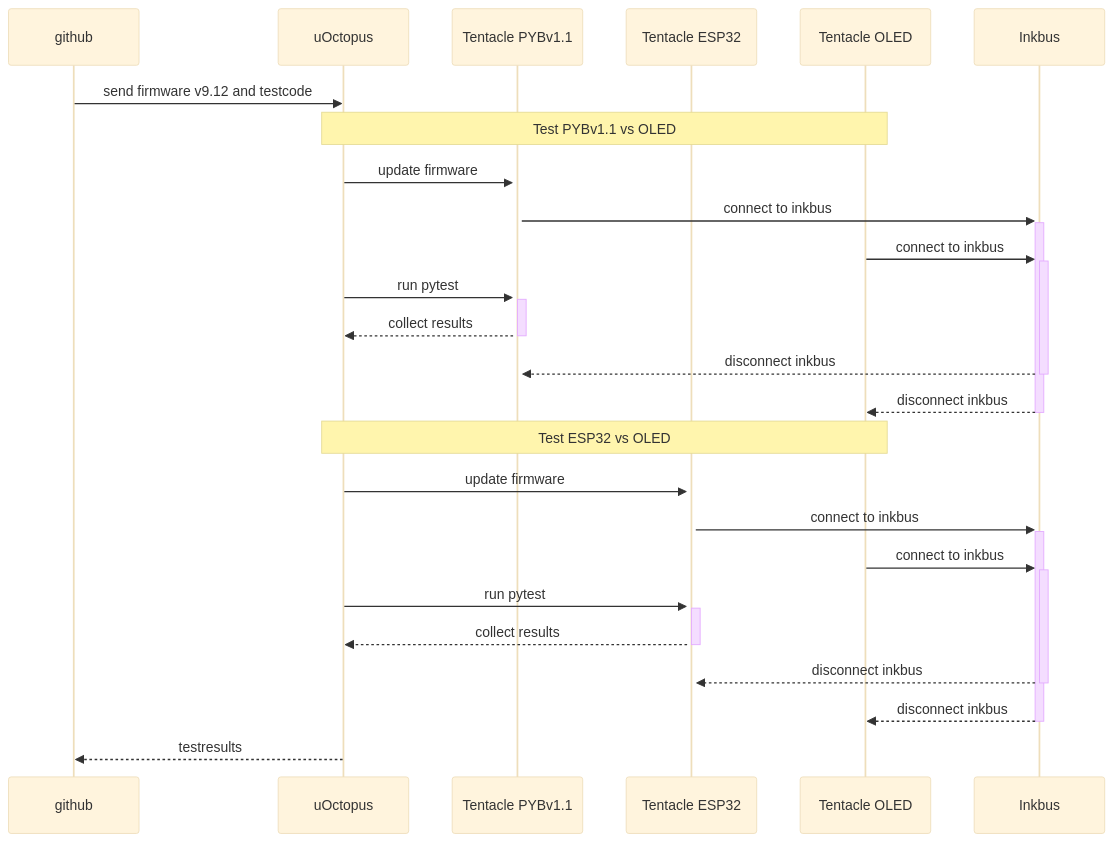
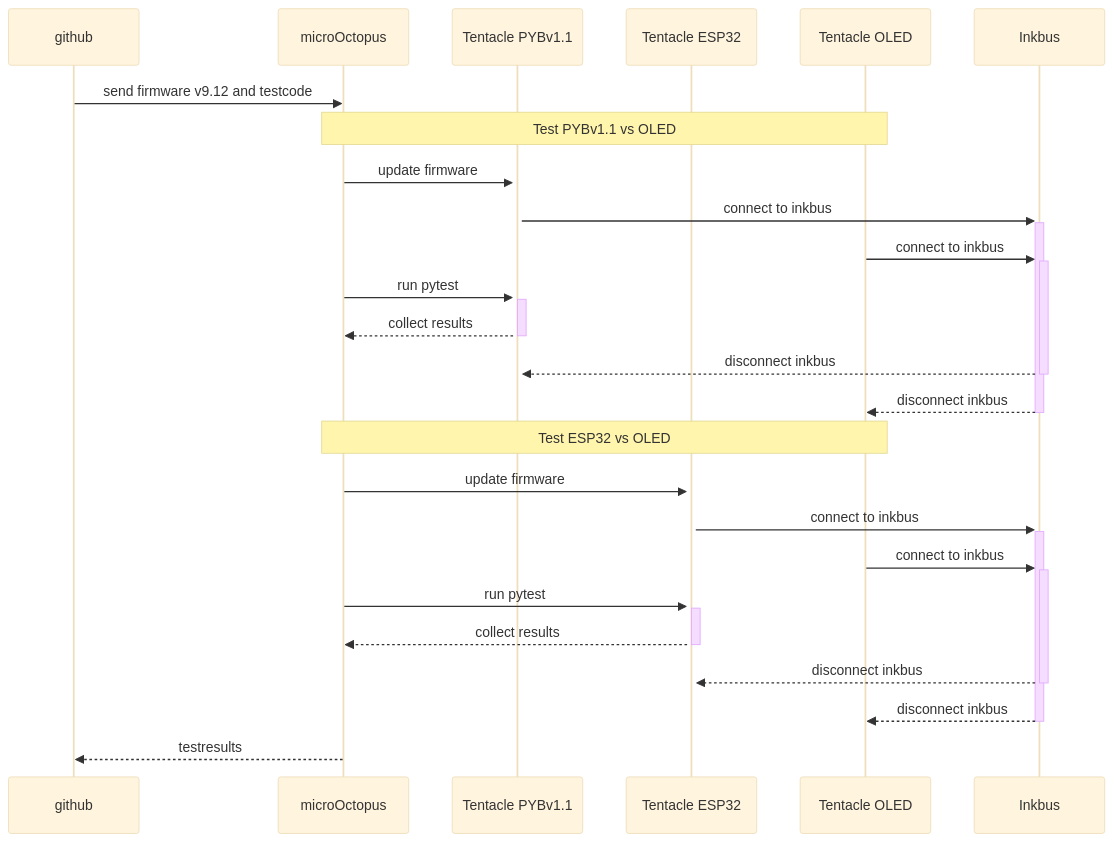
Before and after one commit to hmaerki/experiment_microoctopus: the diagram in README.md, drawn with Mermaid (base theme). The commit also changed other lines of this file and 4 other files, not shown here.

Commit message:
uOctopus -> microOctopus

````diff
--- a/README.md
+++ b/README.md
@@ -64,32 +64,32 @@
 ```mermaid
 sequenceDiagram
     participant github
-    participant U as uOctopus
+    participant U as microOctopus
     participant TP as Tentacle PYBv1.1
     participant TE as Tentacle ESP32
     participant TO as Tentacle OLED
     participant I as Inkbus
     github->>U: send firmware v9.12 and testcode
 
     Note over U,TO: Test PYBv1.1 vs OLED
 
     U->>+TP: update firmware
     TP->>+I: connect to inkbus
     TO->>+I: connect to inkbus
     U->>+TP: run pytest
     TP-->>-U: collect results
     I-->>-TP: disconnect inkbus
     I-->>-TO: disconnect inkbus
 
     Note over U,TO: Test ESP32 vs OLED
 
     U->>+TE: update firmware
     TE->>+I: connect to inkbus
     TO->>+I: connect to inkbus
     U->>+TE: run pytest
     TE-->>-U: collect results
     I-->>-TE: disconnect inkbus
     I-->>-TO: disconnect inkbus
 
     U-->>github: testresults
 ```
````
